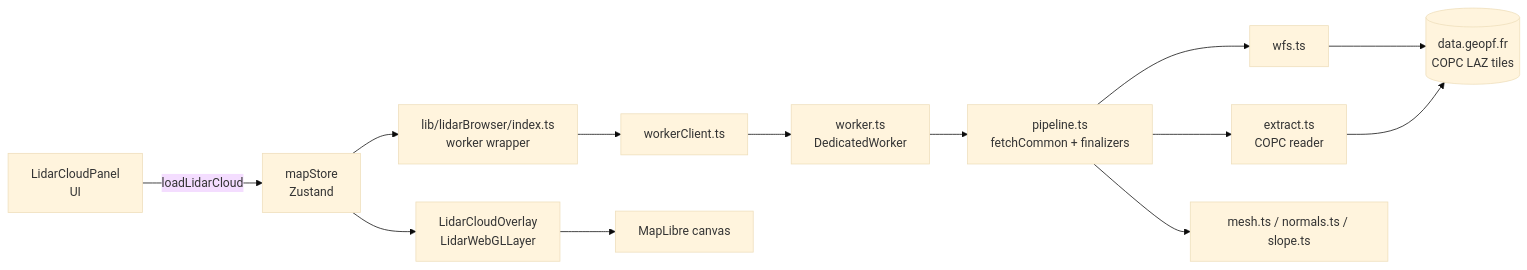
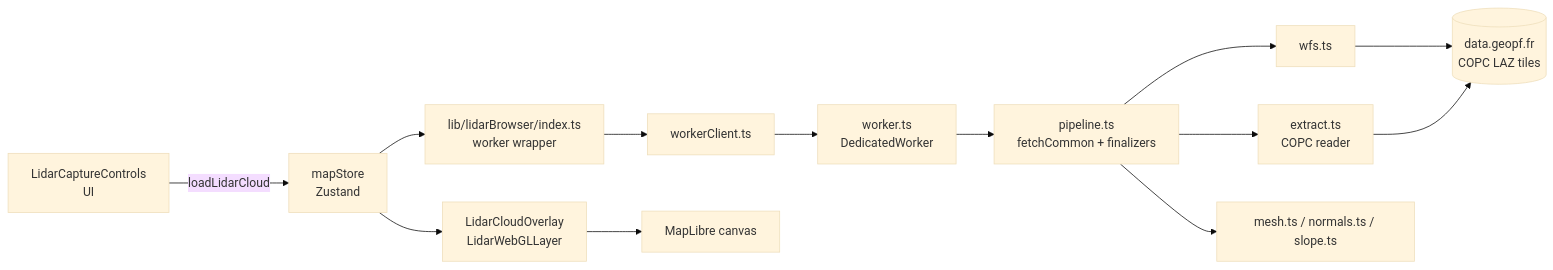
One commit to Plonk42/open-cairn changed the first of 7 diagrams in docs/LIDAR_PIPELINE.md. Above: the diagram before and after it, drawn with Mermaid (base theme). The commit also changed other lines of this file and 6 other files, not shown here.

````diff
--- a/docs/LIDAR_PIPELINE.md
+++ b/docs/LIDAR_PIPELINE.md
@@ -138,15 +138,15 @@
 ```mermaid
 flowchart LR
-    UI[LidarCloudPanel<br/>UI] -->|loadLidarCloud| Store[mapStore<br/>Zustand]
+    UI[LidarCaptureControls<br/>UI] -->|loadLidarCloud| Store[mapStore<br/>Zustand]
     Store --> IDX[lib/lidarBrowser/index.ts<br/>worker wrapper]
     IDX --> WC[workerClient.ts]
     WC --> WK[worker.ts<br/>DedicatedWorker]
     WK --> PIPE[pipeline.ts<br/>fetchCommon + finalizers]
     PIPE --> WFS[wfs.ts]
     PIPE --> EXT[extract.ts<br/>COPC reader]
     WFS --> IGN[(data.geopf.fr<br/>COPC LAZ tiles)]
     EXT --> IGN
     PIPE --> FIN[mesh.ts / normals.ts / slope.ts]
     Store --> OV[LidarCloudOverlay<br/>LidarWebGLLayer]
     OV --> MAP[MapLibre canvas]
 ```
````
